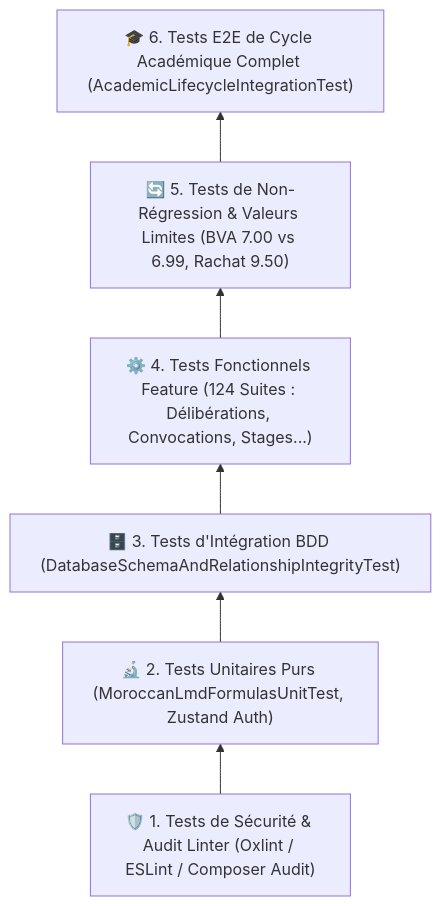
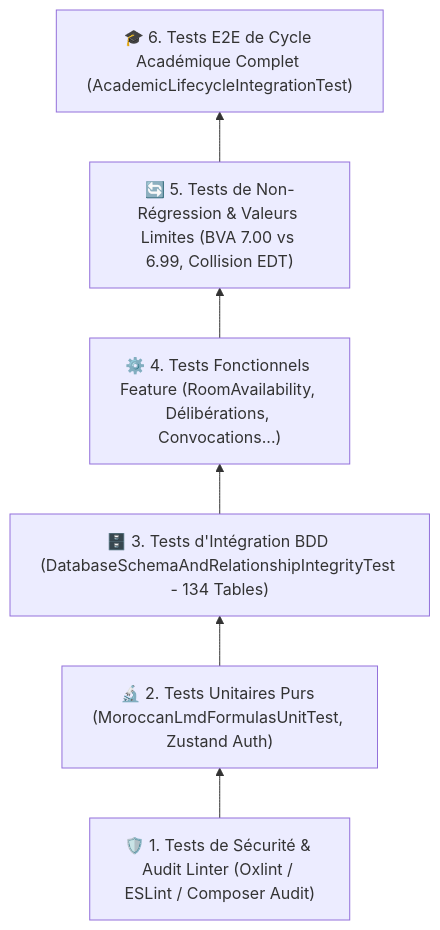
One commit to radouane99/ENCG-ERP changed diagram 14 of 14 in README.md. Above: the diagram before and after it, drawn with Mermaid. The commit also changed other lines of this file and 6 other files, not shown here.

Commit message:
feat: implement room availability service, smart finder API, and management hub interface

````diff
--- a/README.md
+++ b/README.md
@@ -312,11 +776,11 @@
 ```mermaid
 graph BT
     L1["🛡️ 1. Tests de Sécurité & Audit Linter (Oxlint / ESLint / Composer Audit)"]
     L2["🔬 2. Tests Unitaires Purs (MoroccanLmdFormulasUnitTest, Zustand Auth)"]
-    L3["🗄️ 3. Tests d'Intégration BDD (DatabaseSchemaAndRelationshipIntegrityTest)"]
-    L4["⚙️ 4. Tests Fonctionnels Feature (124 Suites : Délibérations, Convocations, Stages...)"]
-    L5["🔄 5. Tests de Non-Régression & Valeurs Limites (BVA 7.00 vs 6.99, Rachat 9.50)"]
+    L3["🗄️ 3. Tests d'Intégration BDD (DatabaseSchemaAndRelationshipIntegrityTest - 134 Tables)"]
+    L4["⚙️ 4. Tests Fonctionnels Feature (RoomAvailability, Délibérations, Convocations...)"]
+    L5["🔄 5. Tests de Non-Régression & Valeurs Limites (BVA 7.00 vs 6.99, Collision EDT)"]
     L6["🎓 6. Tests E2E de Cycle Académique Complet (AcademicLifecycleIntegrationTest)"]
 
     L1 --> L2 --> L3 --> L4 --> L5 --> L6
 ```
````
